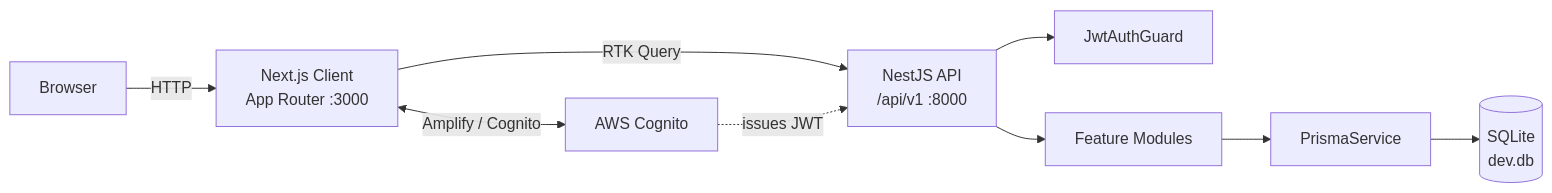
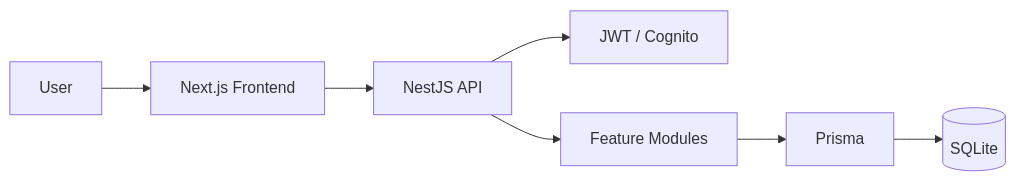
One commit to Harman8815/Project-Management changed the diagram in README.md. Above: the diagram before and after it, drawn with Mermaid. The commit also changed other lines of this file, not shown here.

````diff
--- a/README.md
+++ b/README.md
@@ -54,11 +44,9 @@
 ```mermaid
 flowchart LR
-    U["Browser"] -->|HTTP| C["Next.js Client<br/>App Router :3000"]
-    C -->|RTK Query| A["NestJS API<br/>/api/v1 :8000"]
-    A --> G["JwtAuthGuard"]
-    A --> M["Feature Modules"]
-    M --> P["PrismaService"]
-    P --> D[("SQLite<br/>dev.db")]
-    C <-->|Amplify / Cognito| ID["AWS Cognito"]
-    ID -.->|issues JWT| A
+    U[User] --> C[Next.js Frontend]
+    C --> API[NestJS API]
+    API --> AUTH[JWT / Cognito]
+    API --> S[Feature Modules]
+    S --> P[Prisma]
+    P --> DB[(SQLite)]
 ```
````
